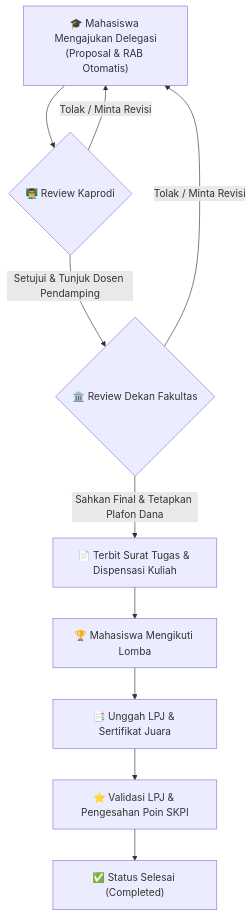
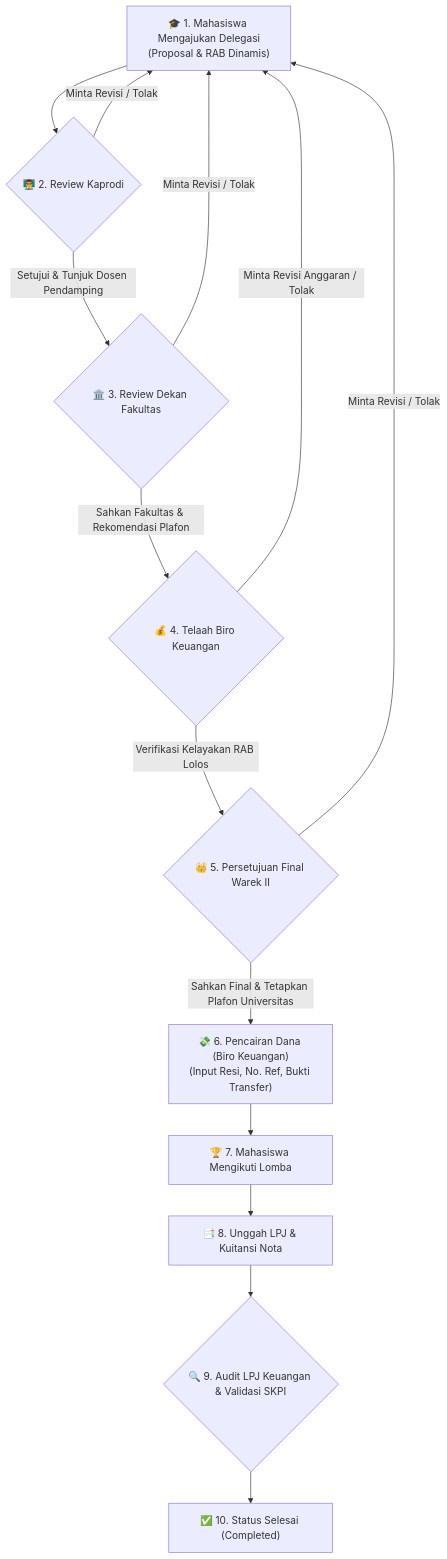
One commit to justsanzz07/tugas-micro- changed the diagram in README.md. Above: the diagram before and after it, drawn with Mermaid. The commit also changed other lines of this file and 25 other files, not shown here.

Commit message:
feat: implement Keuangan and Warek II roles with 4-step sequential approval workflow

````diff
--- a/README.md
+++ b/README.md
@@ -23,12 +23,16 @@
 ```mermaid
 flowchart TD
-    A["🎓 Mahasiswa Mengajukan Delegasi<br>(Proposal & RAB Otomatis)"] --> B{"👨‍🏫 Review Kaprodi"}
-    B -- "Tolak / Minta Revisi" --> A
-    B -- "Setujui & Tunjuk Dosen Pendamping" --> C{"🏛️ Review Dekan Fakultas"}
-    C -- "Tolak / Minta Revisi" --> A
-    C -- "Sahkan Final & Tetapkan Plafon Dana" --> D["📄 Terbit Surat Tugas & Dispensasi Kuliah"]
-    D --> E["🏆 Mahasiswa Mengikuti Lomba"]
-    E --> F["📑 Unggah LPJ & Sertifikat Juara"]
-    F --> G["⭐ Validasi LPJ & Pengesahan Poin SKPI"]
-    G --> H["✅ Status Selesai (Completed)"]
+    A["🎓 1. Mahasiswa Mengajukan Delegasi<br>(Proposal & RAB Dinamis)"] --> B{"👨‍🏫 2. Review Kaprodi"}
+    B -- "Minta Revisi / Tolak" --> A
+    B -- "Setujui & Tunjuk Dosen Pendamping" --> C{"🏛️ 3. Review Dekan Fakultas"}
+    C -- "Minta Revisi / Tolak" --> A
+    C -- "Sahkan Fakultas & Rekomendasi Plafon" --> D{"💰 4. Telaah Biro Keuangan"}
+    D -- "Minta Revisi Anggaran / Tolak" --> A
+    D -- "Verifikasi Kelayakan RAB Lolos" --> E{"👑 5. Persetujuan Final Warek II"}
+    E -- "Minta Revisi / Tolak" --> A
+    E -- "Sahkan Final & Tetapkan Plafon Universitas" --> F["💸 6. Pencairan Dana (Biro Keuangan)<br>(Input Resi, No. Ref, Bukti Transfer)"]
+    F --> G["🏆 7. Mahasiswa Mengikuti Lomba"]
+    G --> H["📑 8. Unggah LPJ & Kuitansi Nota"]
+    H --> I{"🔍 9. Audit LPJ Keuangan & Validasi SKPI"}
+    I --> J["✅ 10. Status Selesai (Completed)"]
 ```
````
